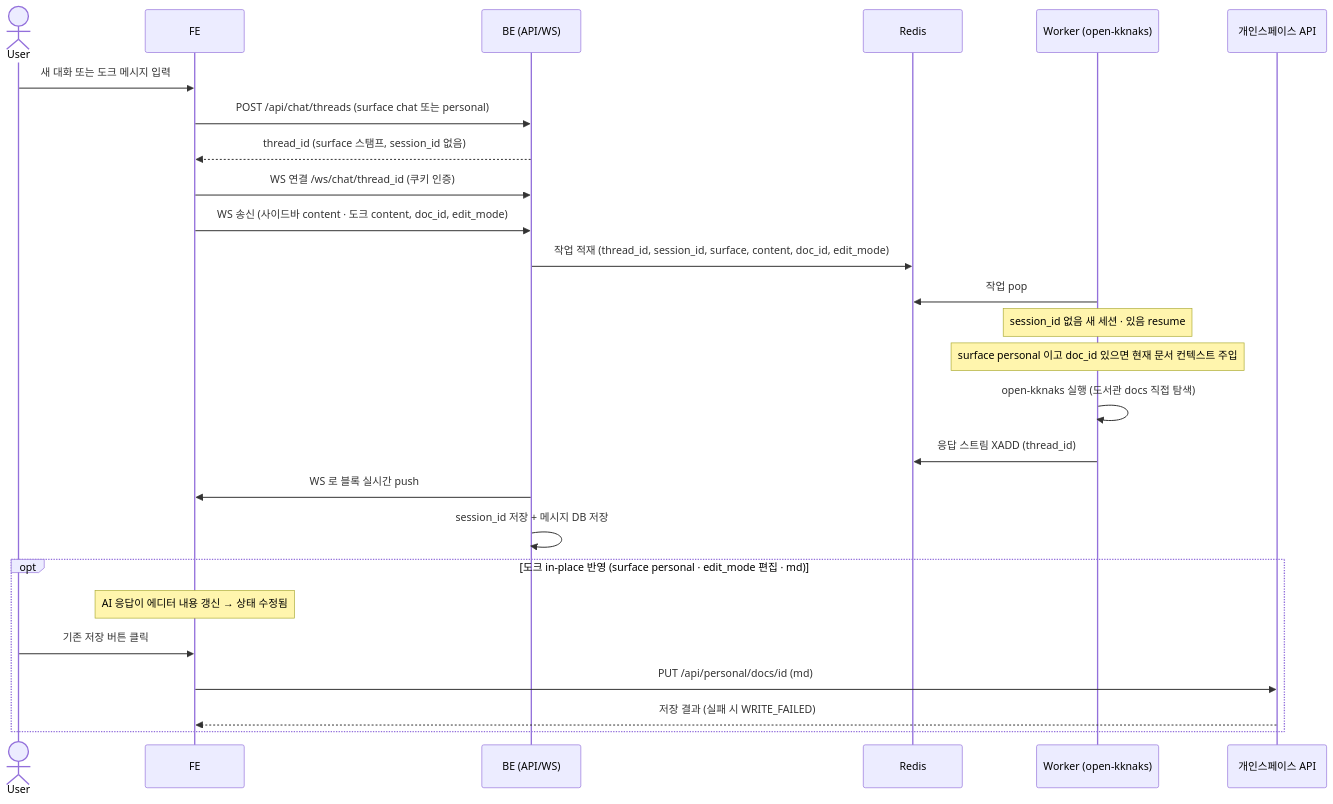
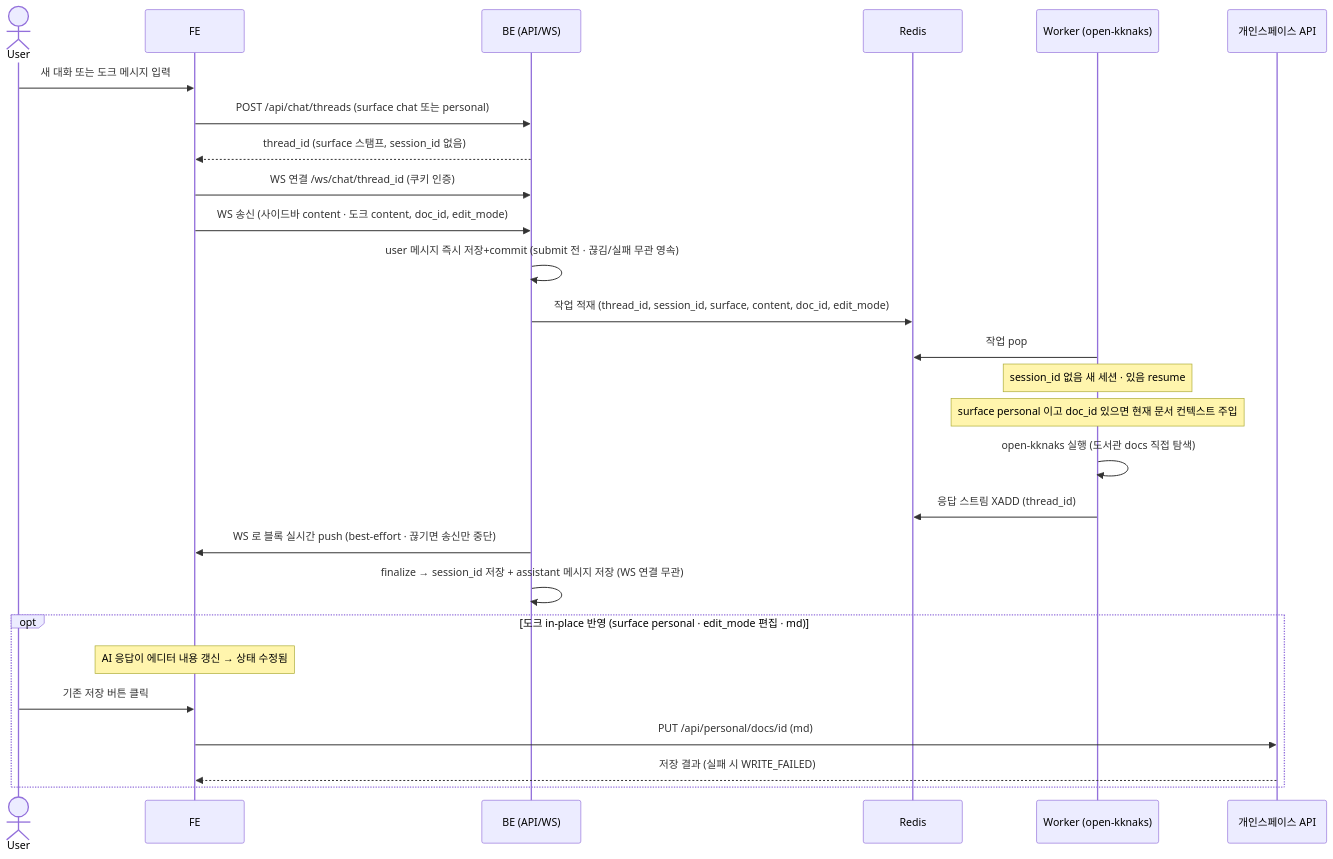
Before and after one commit to kknaksss/sc_demo: the diagram in doc/spec/spec-04-chat.md, drawn with Mermaid. The commit also changed other lines of this file, not shown here.

First line of the commit message:
docs(spec-04): 메시지 영속 모델 정정 + SC-OPEN-14(재진입 UX deferred)

````diff
--- a/doc/spec/spec-04-chat.md
+++ b/doc/spec/spec-04-chat.md
@@ -238,29 +238,30 @@
 ```mermaid
 sequenceDiagram
     actor User
     participant FE
     participant API as BE (API/WS)
     participant Redis
     participant Worker as Worker (open-kknaks)
     participant Personal as 개인스페이스 API
 
     User->>FE: 새 대화 또는 도크 메시지 입력
     FE->>API: POST /api/chat/threads (surface chat 또는 personal)
     API-->>FE: thread_id (surface 스탬프, session_id 없음)
     FE->>API: WS 연결 /ws/chat/thread_id (쿠키 인증)
     FE->>API: WS 송신 (사이드바 content · 도크 content, doc_id, edit_mode)
+    API->>API: user 메시지 즉시 저장+commit (submit 전 · 끊김/실패 무관 영속)
     API->>Redis: 작업 적재 (thread_id, session_id, surface, content, doc_id, edit_mode)
     Worker->>Redis: 작업 pop
     Note over Worker: session_id 없음 새 세션 · 있음 resume
     Note over Worker: surface personal 이고 doc_id 있으면 현재 문서 컨텍스트 주입
     Worker->>Worker: open-kknaks 실행 (도서관 docs 직접 탐색)
     Worker->>Redis: 응답 스트림 XADD (thread_id)
-    API->>FE: WS 로 블록 실시간 push
-    API->>API: session_id 저장 + 메시지 DB 저장
+    API->>FE: WS 로 블록 실시간 push (best-effort · 끊기면 송신만 중단)
+    API->>API: finalize → session_id 저장 + assistant 메시지 저장 (WS 연결 무관)
     opt 도크 in-place 반영 (surface personal · edit_mode 편집 · md)
         Note over FE: AI 응답이 에디터 내용 갱신 → 상태 수정됨
         User->>FE: 기존 저장 버튼 클릭
         FE->>Personal: PUT /api/personal/docs/id (md)
         Personal-->>FE: 저장 결과 (실패 시 WRITE_FAILED)
     end
 ```
````
